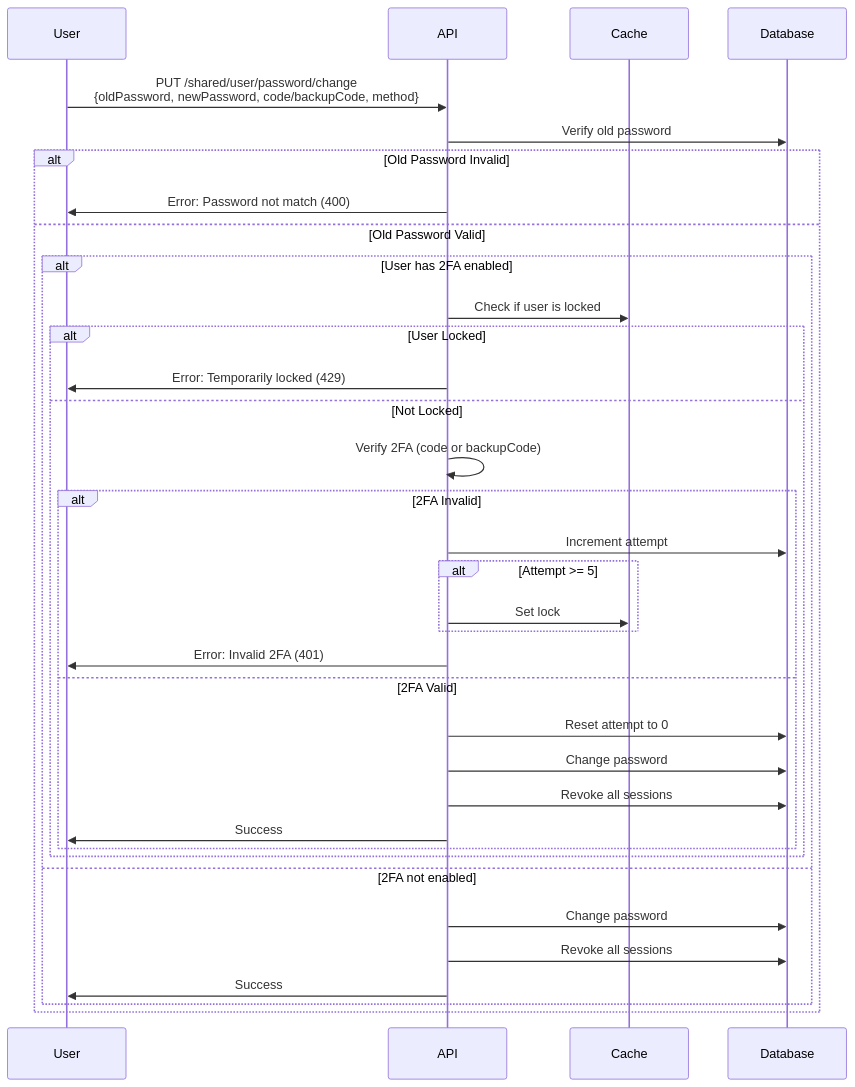
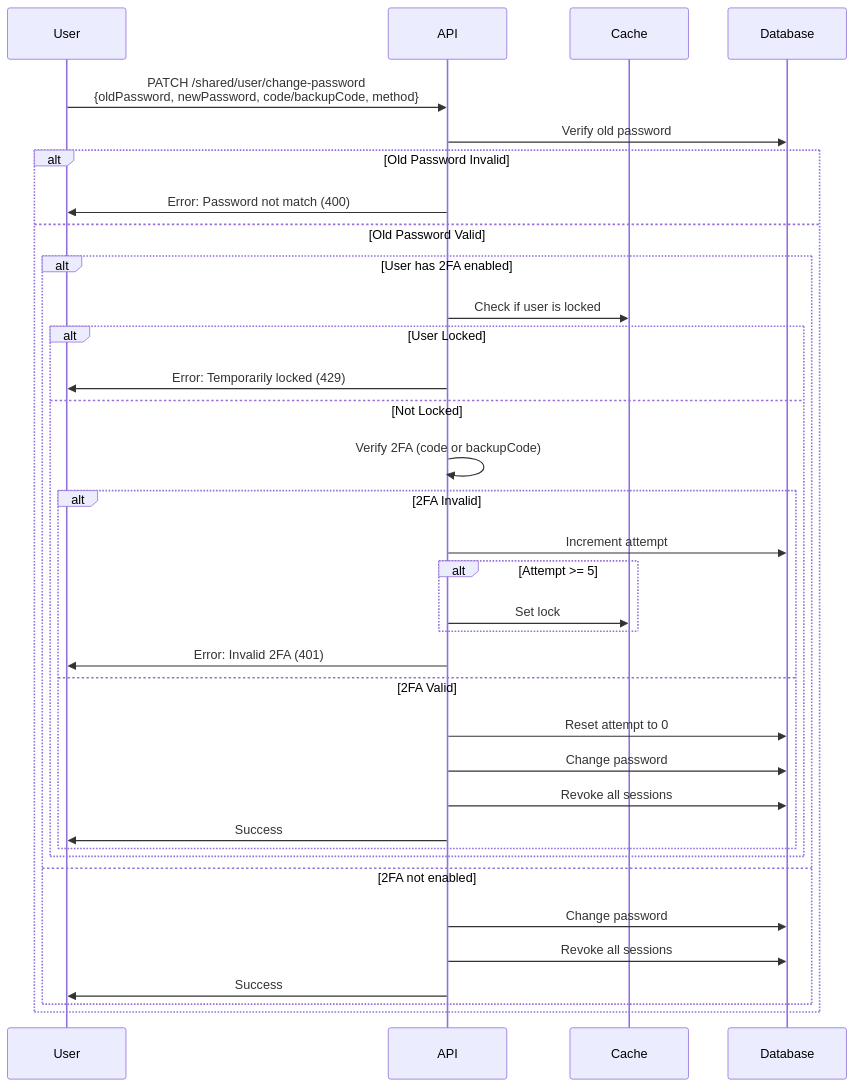
The seventh of 9 diagrams in backend/docs/two-factor.md (vanthuan52/motorbike-system), drawn with Mermaid before and after one commit. The commit also changed other lines of this file and 74 other files, not shown here.

````diff
--- a/backend/docs/two-factor.md
+++ b/backend/docs/two-factor.md
@@ -389,38 +389,38 @@
 ```mermaid
 sequenceDiagram
     participant User
     participant API
     participant Cache
     participant Database
 
-    User->>API: PUT /shared/user/password/change<br/>{oldPassword, newPassword, code/backupCode, method}
+    User->>API: PATCH /shared/user/change-password<br/>{oldPassword, newPassword, code/backupCode, method}
     API->>Database: Verify old password
     alt Old Password Invalid
         API->>User: Error: Password not match (400)
     else Old Password Valid
         alt User has 2FA enabled
             API->>Cache: Check if user is locked
             alt User Locked
                 API->>User: Error: Temporarily locked (429)
             else Not Locked
                 API->>API: Verify 2FA (code or backupCode)
                 alt 2FA Invalid
                     API->>Database: Increment attempt
                     alt Attempt >= 5
                         API->>Cache: Set lock
                     end
                     API->>User: Error: Invalid 2FA (401)
                 else 2FA Valid
                     API->>Database: Reset attempt to 0
                     API->>Database: Change password
                     API->>Database: Revoke all sessions
                     API->>User: Success
                 end
             end
         else 2FA not enabled
             API->>Database: Change password
             API->>Database: Revoke all sessions
             API->>User: Success
         end
     end
 ```
````
